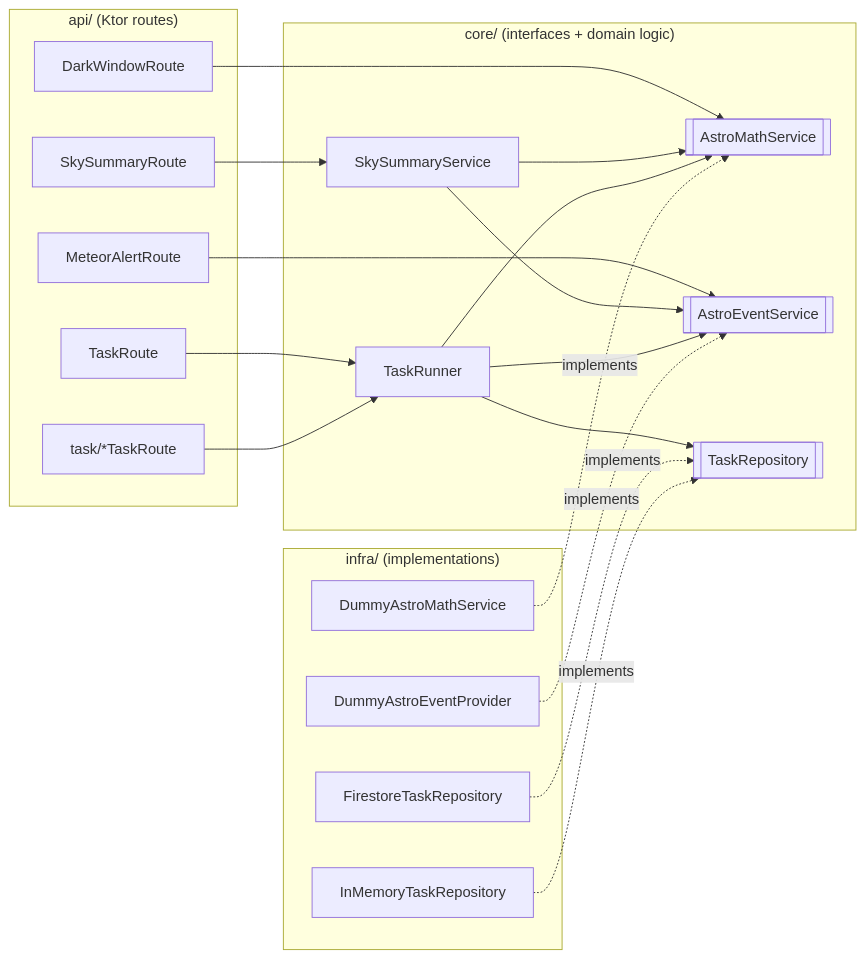
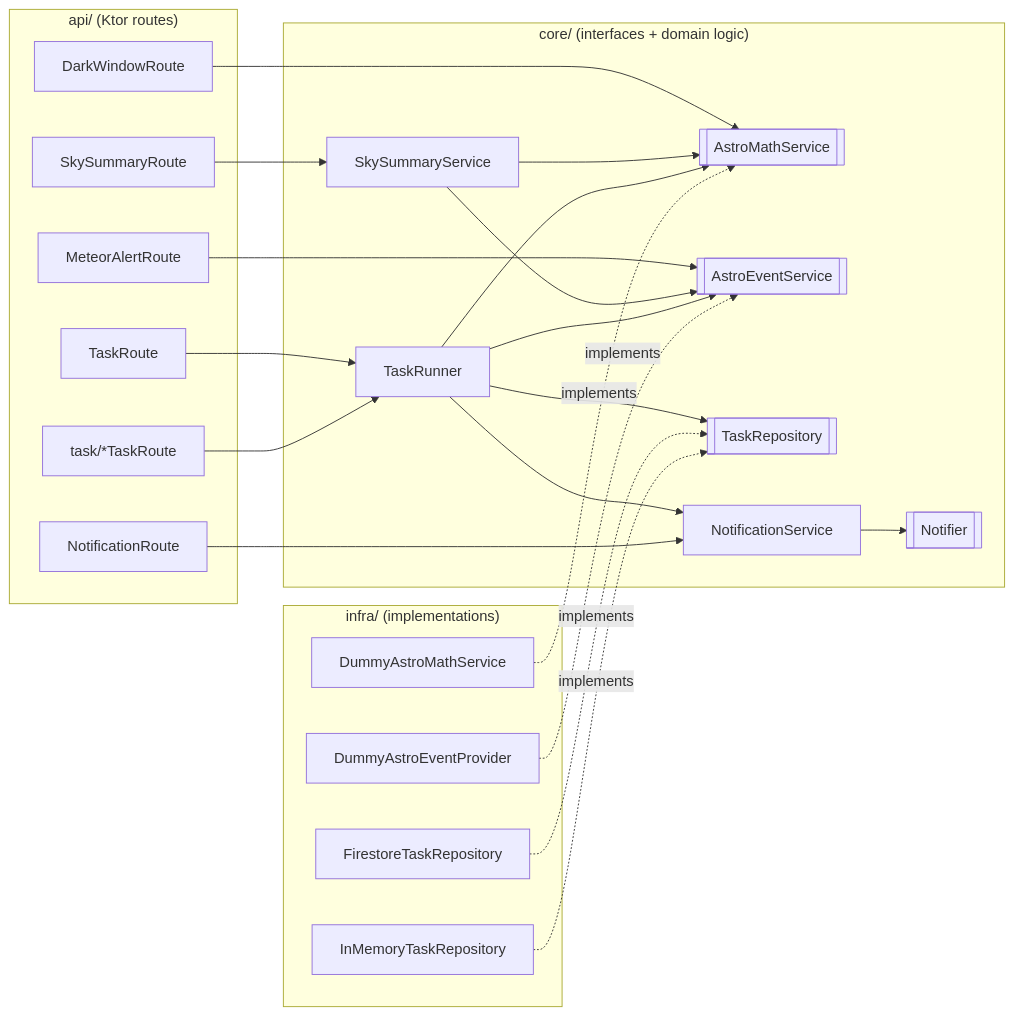
Before and after one commit to iOJ0230/astro-task-runner: the first of 6 diagrams in docs/ARCHITECTURE.md, drawn with Mermaid. The commit also changed other lines of this file and 27 other files, not shown here.

````diff
--- a/docs/ARCHITECTURE.md
+++ b/docs/ARCHITECTURE.md
@@ -46,41 +51,47 @@
 ```mermaid
 flowchart LR
     subgraph api["api/ (Ktor routes)"]
         R1[DarkWindowRoute]
         R2[MeteorAlertRoute]
         R3[SkySummaryRoute]
         R4[TaskRoute]
         R5["task/*TaskRoute"]
+        R7[NotificationRoute]
     end
 
     subgraph core["core/ (interfaces + domain logic)"]
         I1[["AstroMathService"]]
         I2[["AstroEventService"]]
         I3[SkySummaryService]
         I4[TaskRunner]
         I5[["TaskRepository"]]
+        I8[NotificationService]
+        I9[["Notifier"]]
     end
 
     subgraph infra["infra/ (implementations)"]
         D1[DummyAstroMathService]
         D2[DummyAstroEventProvider]
         D3[FirestoreTaskRepository]
         D4[InMemoryTaskRepository]
     end
 
     R1 --> I1
     R2 --> I2
     R3 --> I3
     R4 --> I4
     R5 --> I4
     I3 --> I1
     I3 --> I2
     I4 --> I5
     I4 --> I1
     I4 --> I2
+    I4 --> I8
+    R7 --> I8
+    I8 --> I9
 
     D1 -.implements.-> I1
     D2 -.implements.-> I2
     D3 -.implements.-> I5
     D4 -.implements.-> I5
 ```
````
